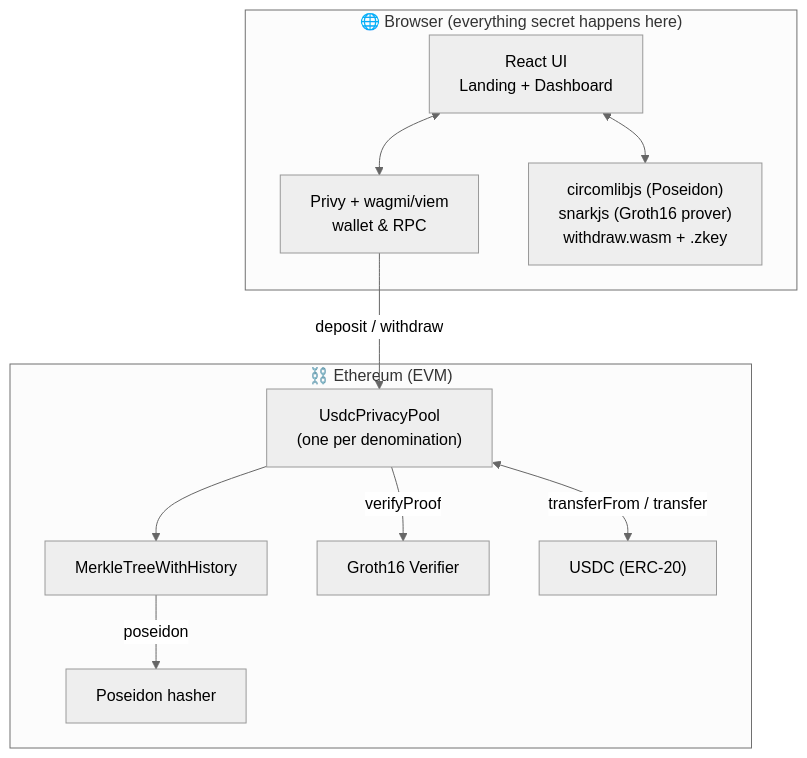
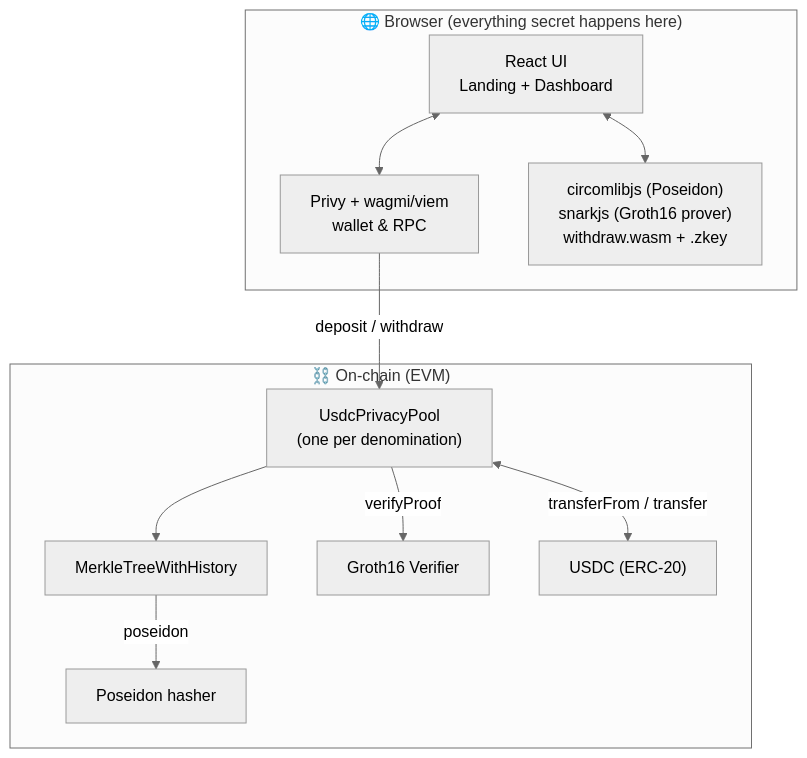
The second of 2 diagrams in README.md (ctrlshifthash/aegis), drawn with Mermaid (neutral theme) before and after one commit. The commit also changed other lines of this file and 3 other files, not shown here.

````diff
--- a/README.md
+++ b/README.md
@@ -189,24 +184,24 @@
 ```mermaid
 flowchart TB
     subgraph Browser["🌐 Browser (everything secret happens here)"]
         UI["React UI<br/>Landing + Dashboard"]
         Privy["Privy + wagmi/viem<br/>wallet & RPC"]
         ZK["circomlibjs (Poseidon)<br/>snarkjs (Groth16 prover)<br/>withdraw.wasm + .zkey"]
     end
 
-    subgraph Chain["⛓️ Ethereum (EVM)"]
+    subgraph Chain["⛓️ On-chain (EVM)"]
         Pool["UsdcPrivacyPool<br/>(one per denomination)"]
         Merkle["MerkleTreeWithHistory"]
         Verifier["Groth16 Verifier"]
         Poseidon["Poseidon hasher"]
         USDC["USDC (ERC-20)"]
     end
 
     UI <--> Privy
     UI <--> ZK
     Privy -->|deposit / withdraw| Pool
     Pool --> Merkle
     Pool -->|verifyProof| Verifier
     Merkle -->|poseidon| Poseidon
     Pool <-->|transferFrom / transfer| USDC
 ```
````
